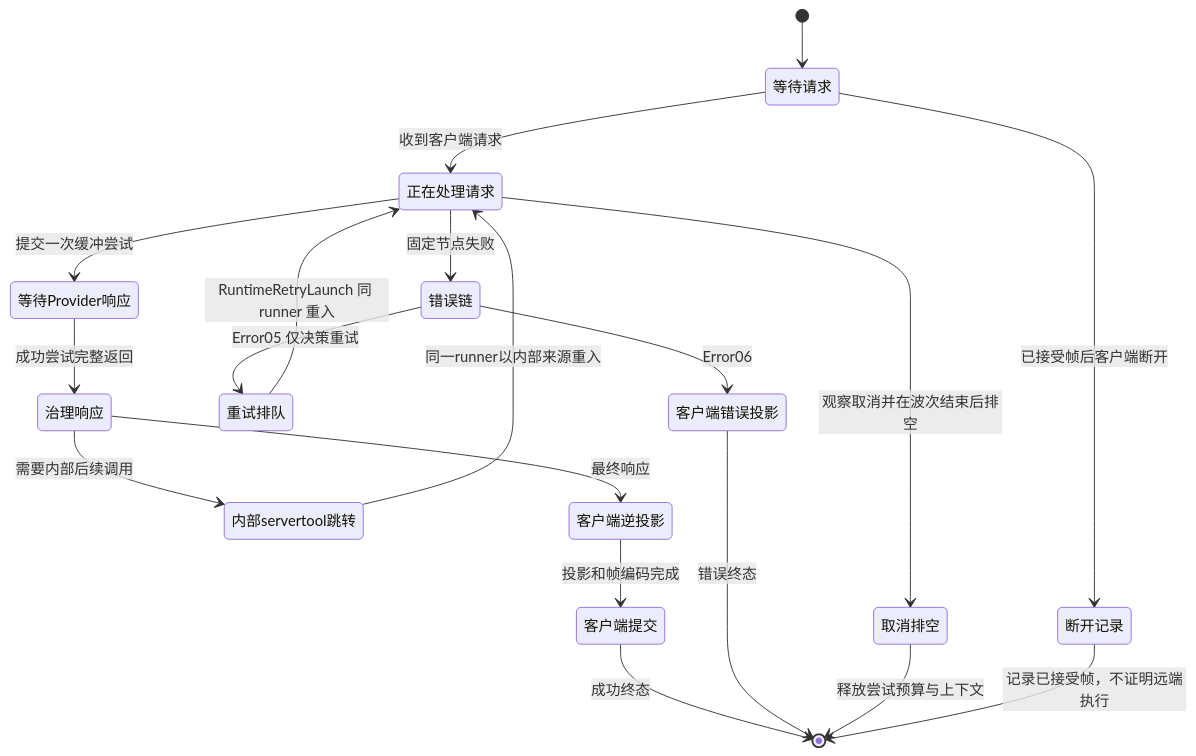
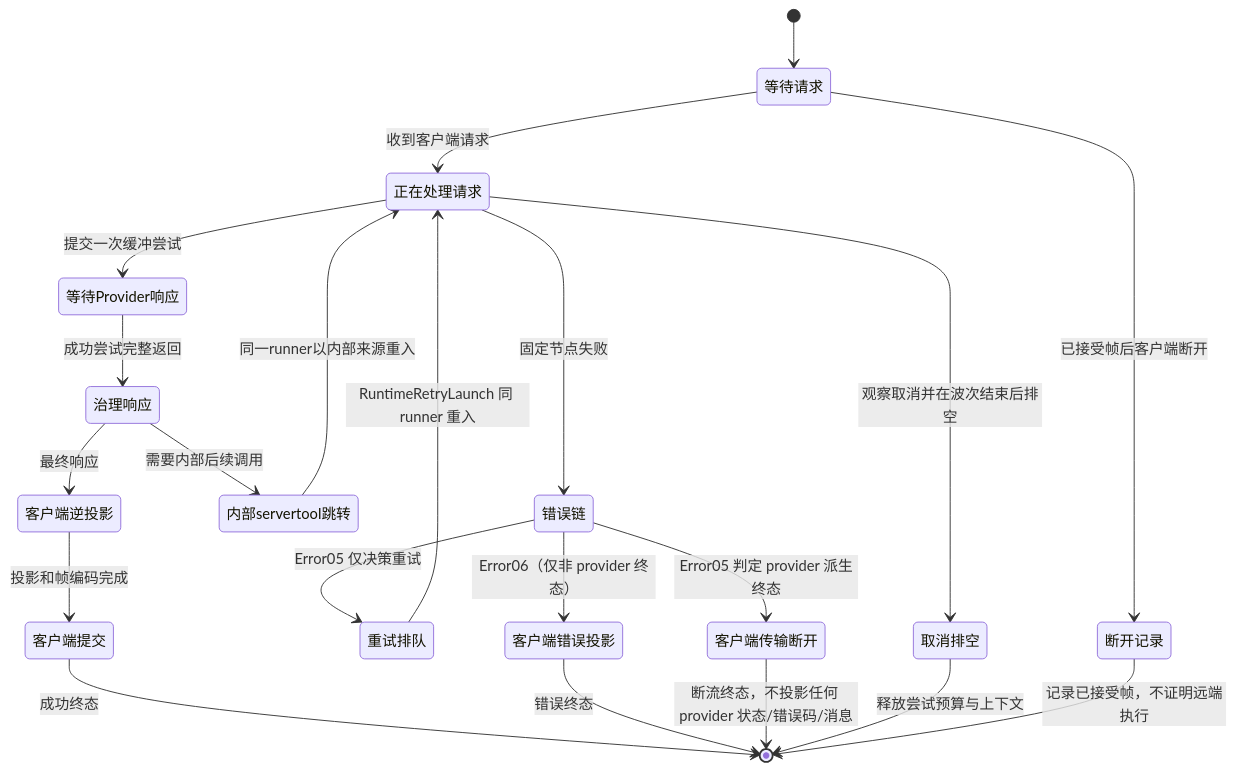
The fourth of 4 diagrams in docs/design/v3-unified-operation-runner-design.md (Jasonzhangf/routecodex), drawn with Mermaid before and after one commit. The commit also changed other lines of this file, not shown here.

First line of the commit message:
docs(v3): make the client transport break the only provider-terminal boundary

````diff
--- a/docs/design/v3-unified-operation-runner-design.md
+++ b/docs/design/v3-unified-operation-runner-design.md
@@ -414,21 +415,23 @@
 ```mermaid
 stateDiagram-v2
   [*] --> 等待请求
   等待请求 --> 正在处理请求: 收到客户端请求
   正在处理请求 --> 等待Provider响应: 提交一次缓冲尝试
   正在处理请求 --> 错误链: 固定节点失败
   等待Provider响应 --> 治理响应: 成功尝试完整返回
   治理响应 --> 内部servertool跳转: 需要内部后续调用
   内部servertool跳转 --> 正在处理请求: 同一runner以内部来源重入
   治理响应 --> 客户端逆投影: 最终响应
   客户端逆投影 --> 客户端提交: 投影和帧编码完成
   客户端提交 --> [*]: 成功终态
   错误链 --> 重试排队: Error05 仅决策重试
   重试排队 --> 正在处理请求: RuntimeRetryLaunch 同 runner 重入
-  错误链 --> 客户端错误投影: Error06
+  错误链 --> 客户端错误投影: Error06（仅非 provider 终态）
   客户端错误投影 --> [*]: 错误终态
+  错误链 --> 客户端传输断开: Error05 判定 provider 派生终态
+  客户端传输断开 --> [*]: 断流终态，不投影任何 provider 状态/错误码/消息
   正在处理请求 --> 取消排空: 观察取消并在波次结束后排空
   取消排空 --> [*]: 释放尝试预算与上下文
   等待请求 --> 断开记录: 已接受帧后客户端断开
   断开记录 --> [*]: 记录已接受帧，不证明远端执行
 ```
````
